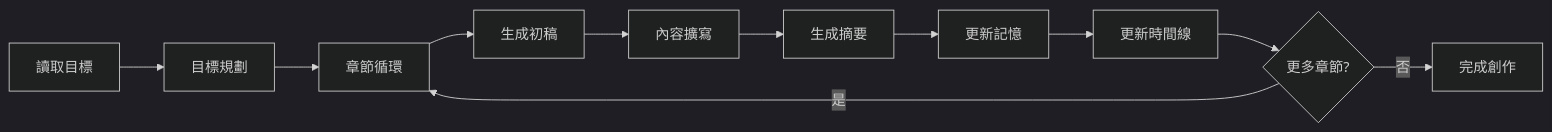
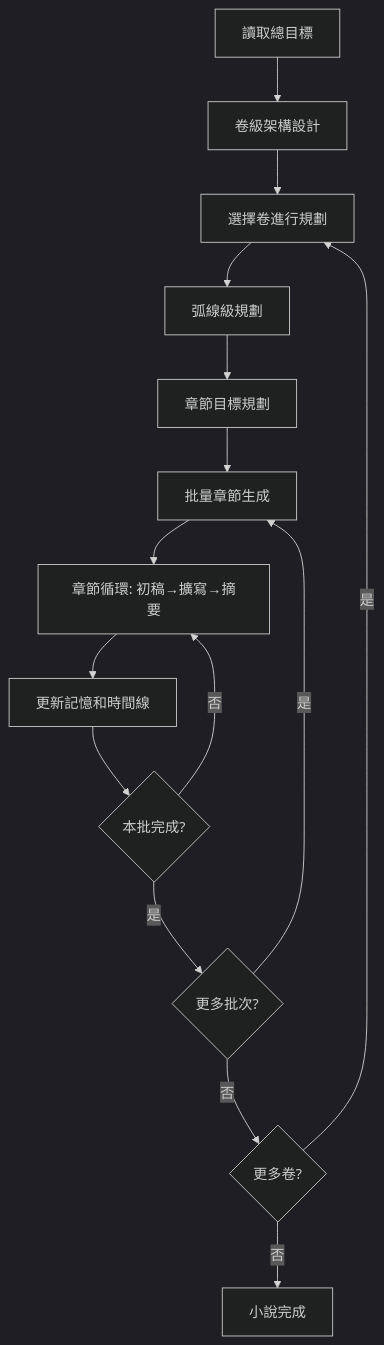
Before and after one commit to Leolai6-7/write_ai_agent: the diagram in README.md, drawn with Mermaid (dark theme). The commit also changed other lines of this file and 16 other files, not shown here.

````diff
--- a/README.md
+++ b/README.md
@@ -115,13 +154,17 @@
 ```mermaid
-graph LR
-    A[讀取目標] --> B[目標規劃]
-    B --> C[章節循環]
-    C --> D[生成初稿]
-    D --> E[內容擴寫]
-    E --> F[生成摘要]
-    F --> G[更新記憶]
-    G --> H[更新時間線]
-    H --> I{更多章節?}
-    I -->|是| C
-    I -->|否| J[完成創作]
+graph TD
+    A[讀取總目標] --> B[卷級架構設計]
+    B --> C[選擇卷進行規劃]
+    C --> D[弧線級規劃]
+    D --> E[章節目標規劃]
+    E --> F[批量章節生成]
+    F --> G[章節循環: 初稿→擴寫→摘要]
+    G --> H[更新記憶和時間線]
+    H --> I{本批完成?}
+    I -->|否| G
+    I -->|是| J{更多批次?}
+    J -->|是| F
+    J -->|否| K{更多卷?}
+    K -->|是| C
+    K -->|否| L[小說完成]
 ```
````
